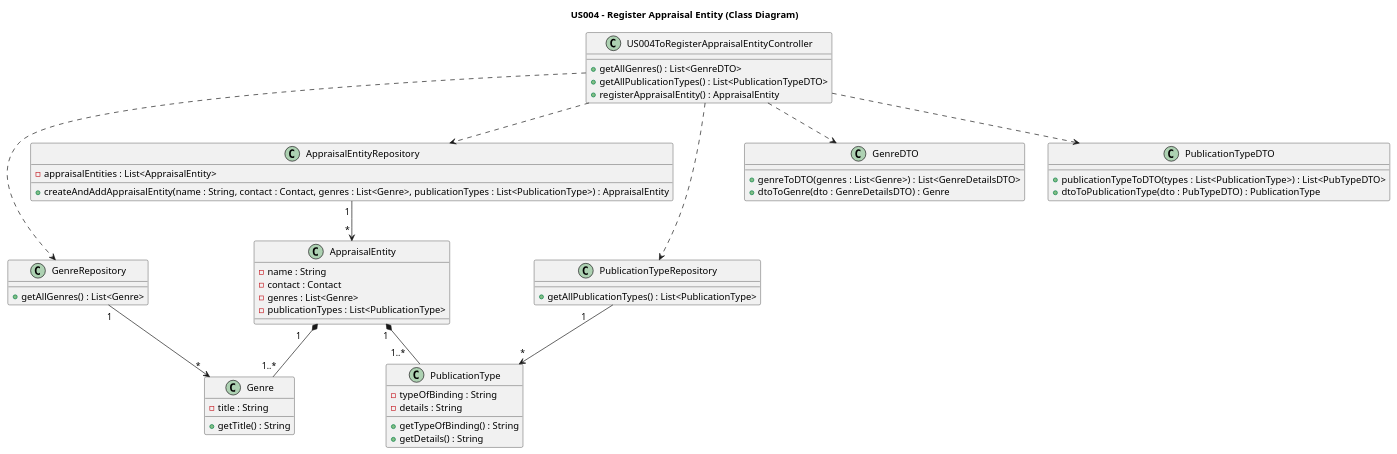
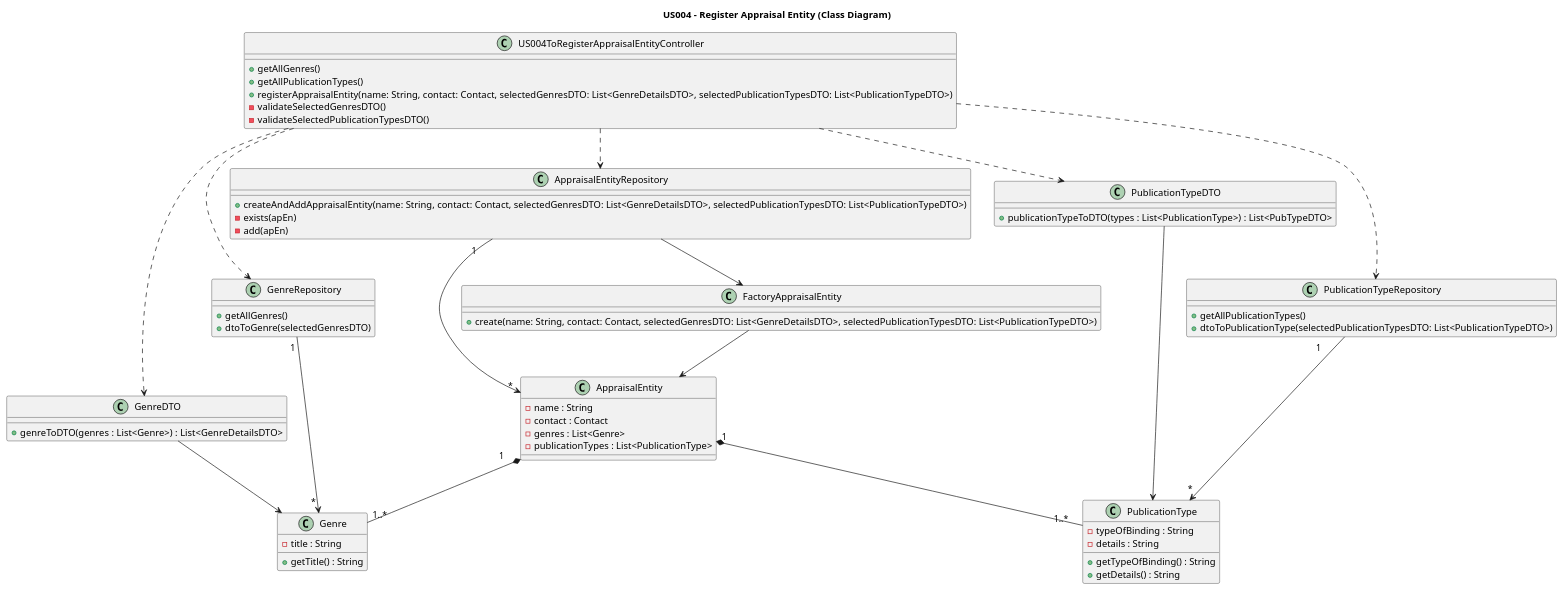
Before and after one commit to AndrePereiraGitH/SWitCH-Project-Team_A: the diagram in Diagrams/ClassDiagrams/US004-to-register-an-appraisal-entity.puml, drawn with PlantUML. The commit also changed 5 other files, not shown here.

Commit message:
Closes #209, Last updates in AppraisalEntityFactory implementation

```diff
--- a/Diagrams/ClassDiagrams/US004-to-register-an-appraisal-entity.puml
+++ b/Diagrams/ClassDiagrams/US004-to-register-an-appraisal-entity.puml
@@ -1,92 +1,109 @@
 @startuml
 
 title US004 - Register Appraisal Entity (Class Diagram)
 
 ' =========================
 ' Controller Layer
 ' =========================
 
 class US004ToRegisterAppraisalEntityController {
-
-    +getAllGenres() : List<GenreDTO>
-    +getAllPublicationTypes() : List<PublicationTypeDTO>
-    +registerAppraisalEntity() : AppraisalEntity
+    +getAllGenres()
+    +getAllPublicationTypes()
+    +registerAppraisalEntity(name: String, contact: Contact, selectedGenresDTO: List<GenreDetailsDTO>, selectedPublicationTypesDTO: List<PublicationTypeDTO>)
+    -validateSelectedGenresDTO()
+    -validateSelectedPublicationTypesDTO()
 }
 
 ' =========================
 ' Repository Layer
 ' =========================
 
 class GenreRepository {
-    +getAllGenres() : List<Genre>
+    +getAllGenres()
+    +dtoToGenre(selectedGenresDTO)
 }
 
+
 class PublicationTypeRepository {
-    +getAllPublicationTypes() : List<PublicationType>
+    +getAllPublicationTypes()
+    +dtoToPublicationType(selectedPublicationTypesDTO: List<PublicationTypeDTO>)
 }
 
 class AppraisalEntityRepository {
-    -appraisalEntities : List<AppraisalEntity>
+    +createAndAddAppraisalEntity(name: String, contact: Contact, selectedGenresDTO: List<GenreDetailsDTO>, selectedPublicationTypesDTO: List<PublicationTypeDTO>)
+    -exists(apEn)
+    -add(apEn)
+}
+' =========================
+' Factory Layer
+' =========================
 
-    +createAndAddAppraisalEntity(name : String, contact : Contact, genres : List<Genre>, publicationTypes : List<PublicationType>) : AppraisalEntity
+class FactoryAppraisalEntity {
+    +create(name: String, contact: Contact, selectedGenresDTO: List<GenreDetailsDTO>, selectedPublicationTypesDTO: List<PublicationTypeDTO>)
 }
 
 ' =========================
-' Mapper / DTO Layer
+' DTO Layer
 ' =========================
 
 class GenreDTO {
     +genreToDTO(genres : List<Genre>) : List<GenreDetailsDTO>
-    +dtoToGenre(dto : GenreDetailsDTO) : Genre
 }
 
 class PublicationTypeDTO {
     +publicationTypeToDTO(types : List<PublicationType>) : List<PubTypeDTO>
-    +dtoToPublicationType(dto : PubTypeDTO) : PublicationType
 }
 
 ' =========================
 ' Domain Layer
 ' =========================
 
 class AppraisalEntity {
     -name : String
     -contact : Contact
     -genres : List<Genre>
     -publicationTypes : List<PublicationType>
 }
 
 class Genre {
     -title : String
     +getTitle() : String
 }
 
 class PublicationType {
     -typeOfBinding : String
     -details : String
     +getTypeOfBinding() : String
     +getDetails() : String
 }
 
 ' =========================
-' Relationships
+' Associations
 ' =========================
 
 ' Controller dependencies
 US004ToRegisterAppraisalEntityController ..> GenreRepository
 US004ToRegisterAppraisalEntityController ..> PublicationTypeRepository
 US004ToRegisterAppraisalEntityController ..> AppraisalEntityRepository
 US004ToRegisterAppraisalEntityController ..> GenreDTO
 US004ToRegisterAppraisalEntityController ..> PublicationTypeDTO
 
 ' Repository to Domain
 GenreRepository "1 " --> " * " Genre
 PublicationTypeRepository "1        " --> " * " PublicationType
 
+' DTO
+GenreDTO --> Genre
+PublicationTypeDTO --> PublicationType
+
+
 AppraisalEntityRepository "1 " --> " * " AppraisalEntity
 
 ' AppraisalEntity composition
+AppraisalEntityRepository --> FactoryAppraisalEntity
+FactoryAppraisalEntity --> AppraisalEntity
+
 AppraisalEntity "  1     " *-- "1..*" Genre
 AppraisalEntity "1 " *-- "1..*    " PublicationType
 
 @enduml
```
